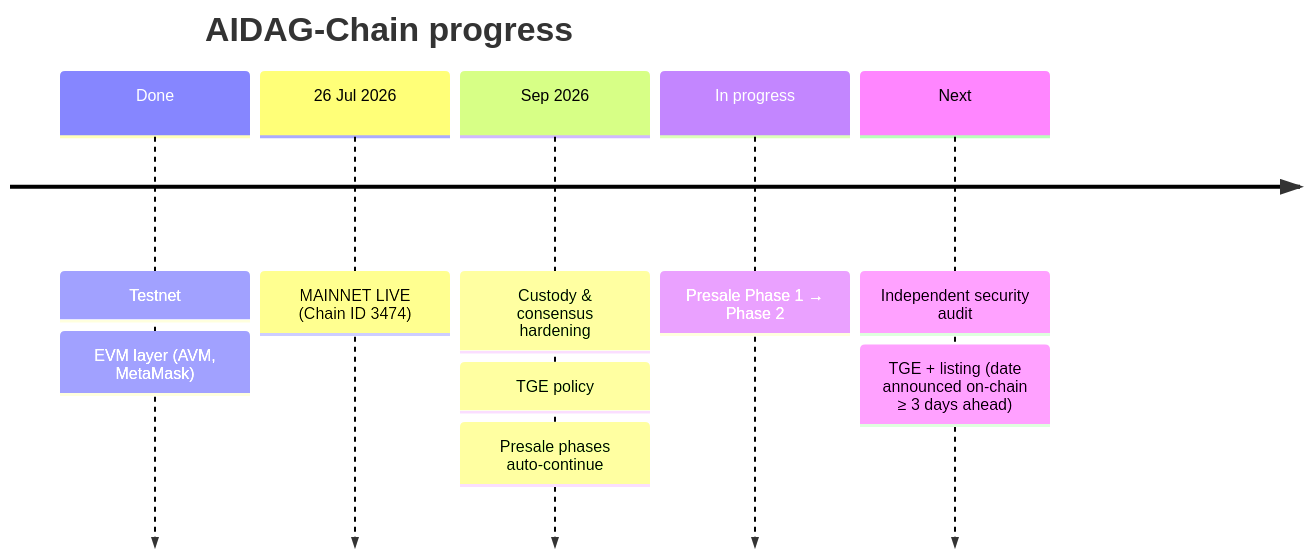
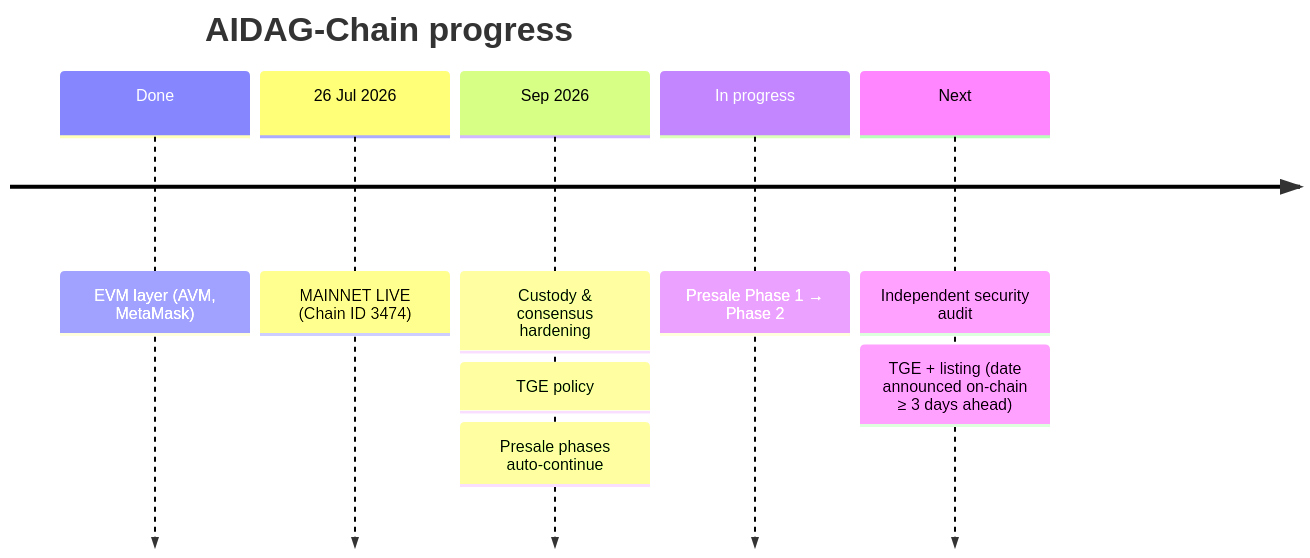
The third of 4 diagrams in README.md (DeepSea3474/aidag-chain-engine), drawn with Mermaid before and after one commit. The commit also changed other lines of this file and 14 other files, not shown here.

````diff
--- a/README.md
+++ b/README.md
@@ -74,9 +74,9 @@
 ```mermaid
 timeline
     title AIDAG-Chain progress
-    Done : Testnet : EVM layer (AVM, MetaMask)
+    Done : EVM layer (AVM, MetaMask)
     26 Jul 2026 : MAINNET LIVE (Chain ID 3474)
     Sep 2026 : Custody & consensus hardening : TGE policy : Presale phases auto-continue
     In progress : Presale Phase 1 → Phase 2
     Next : Independent security audit : TGE + listing (date announced on-chain ≥ 3 days ahead)
 ```
````
